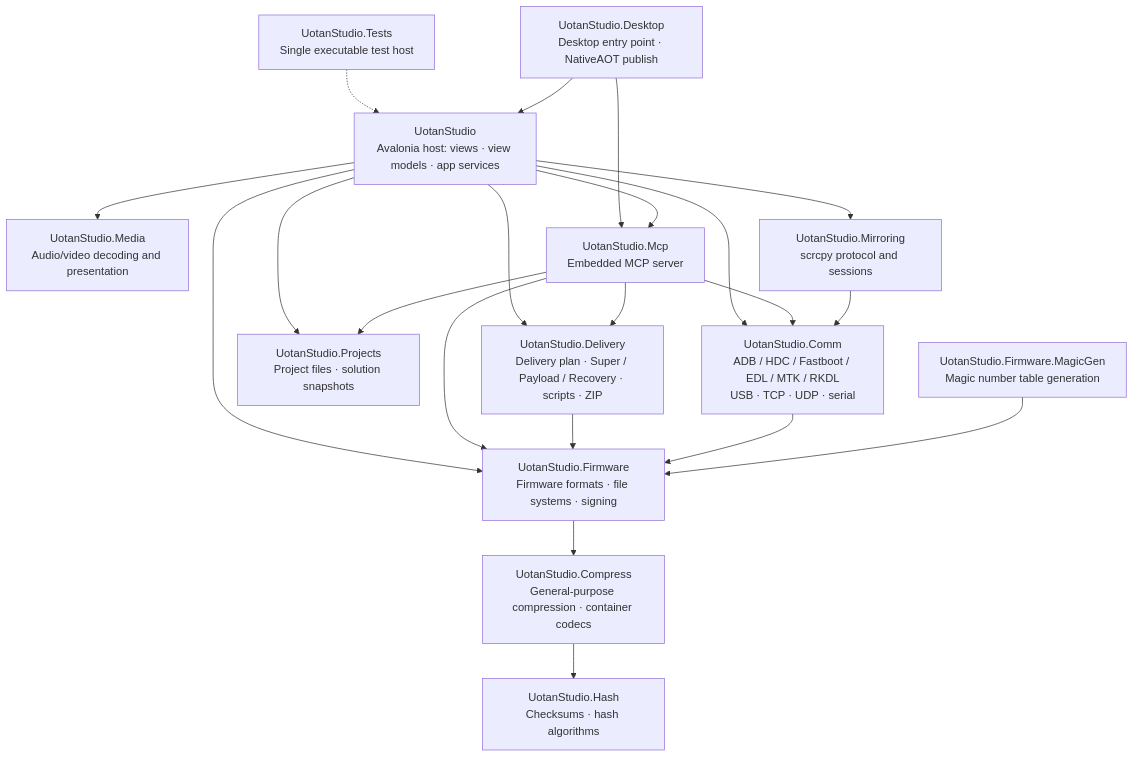
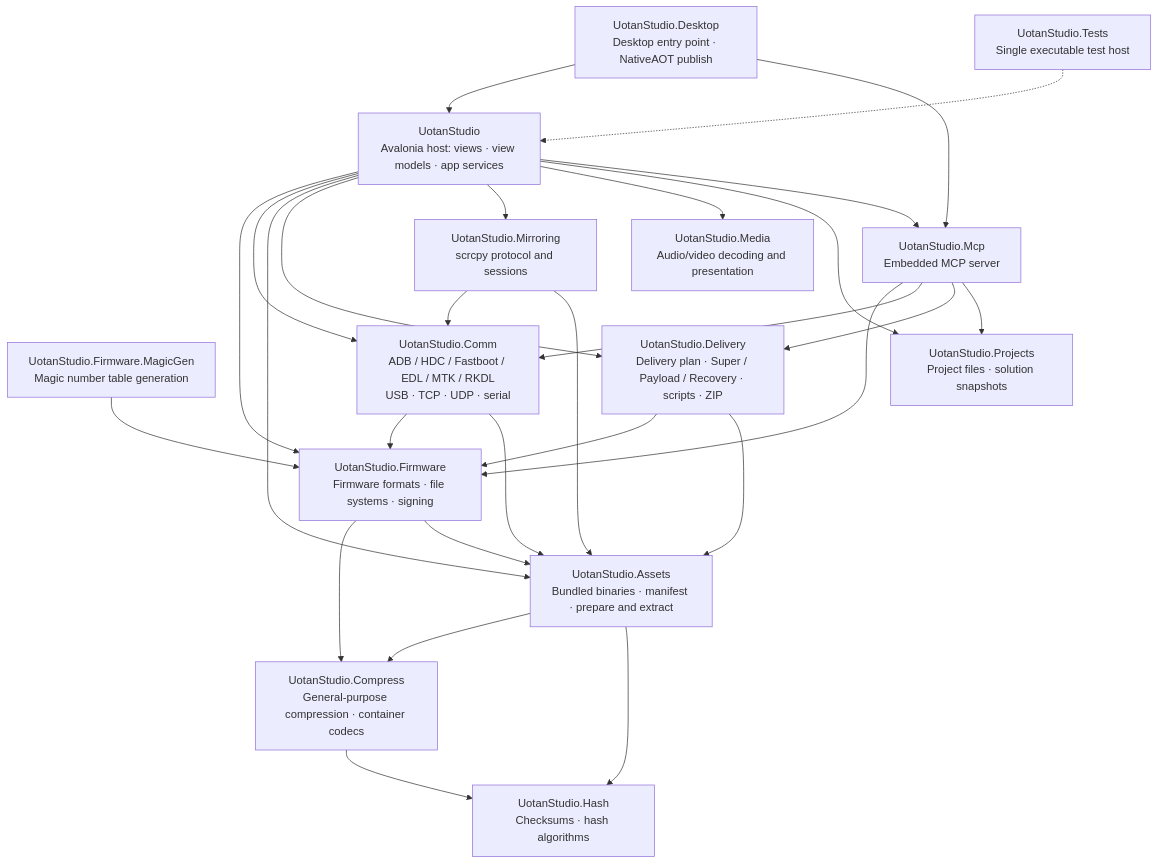
Before and after one commit to Uotan-Dev/UotanStudio: the diagram in README-EN.md, drawn with Mermaid. The commit also changed other lines of this file and 168 other files, not shown here.

First line of the commit message:
feat(assets): add UotanStudio.Assets and bundle embedded payloads

````diff
--- a/README-EN.md
+++ b/README-EN.md
@@ -34,37 +34,45 @@
 ```mermaid
 flowchart TD
  Hash["UotanStudio.Hash<br/>Checksums · hash algorithms"]
  Compress["UotanStudio.Compress<br/>General-purpose compression · container codecs"]
+ Assets["UotanStudio.Assets<br/>Bundled binaries · manifest · prepare and extract"]
  Firmware["UotanStudio.Firmware<br/>Firmware formats · file systems · signing"]
  MagicGen["UotanStudio.Firmware.MagicGen<br/>Magic number table generation"]
  Projects["UotanStudio.Projects<br/>Project files · solution snapshots"]
  Media["UotanStudio.Media<br/>Audio/video decoding and presentation"]
  Comm["UotanStudio.Comm<br/>ADB / HDC / Fastboot / EDL / MTK / RKDL<br/>USB · TCP · UDP · serial"]
  Mirroring["UotanStudio.Mirroring<br/>scrcpy protocol and sessions"]
  Delivery["UotanStudio.Delivery<br/>Delivery plan · Super / Payload / Recovery · scripts · ZIP"]
  Mcp["UotanStudio.Mcp<br/>Embedded MCP server"]
  Host["UotanStudio<br/>Avalonia host: views · view models · app services"]
  Desktop["UotanStudio.Desktop<br/>Desktop entry point · NativeAOT publish"]
  Tests["UotanStudio.Tests<br/>Single executable test host"]
 
  MagicGen --> Firmware
  Compress --> Hash
+ Assets --> Compress
+ Assets --> Hash
  Firmware --> Compress
+ Firmware --> Assets
  Comm --> Firmware
+ Comm --> Assets
  Delivery --> Firmware
+ Delivery --> Assets
  Mirroring --> Comm
+ Mirroring --> Assets
  Mcp --> Firmware
  Mcp --> Comm
  Mcp --> Delivery
  Mcp --> Projects
  Host --> Firmware
  Host --> Comm
+ Host --> Assets
  Host --> Delivery
  Host --> Mirroring
  Host --> Media
  Host --> Projects
  Host --> Mcp
  Desktop --> Host
  Desktop --> Mcp
  Tests -.-> Host
 ```
````
